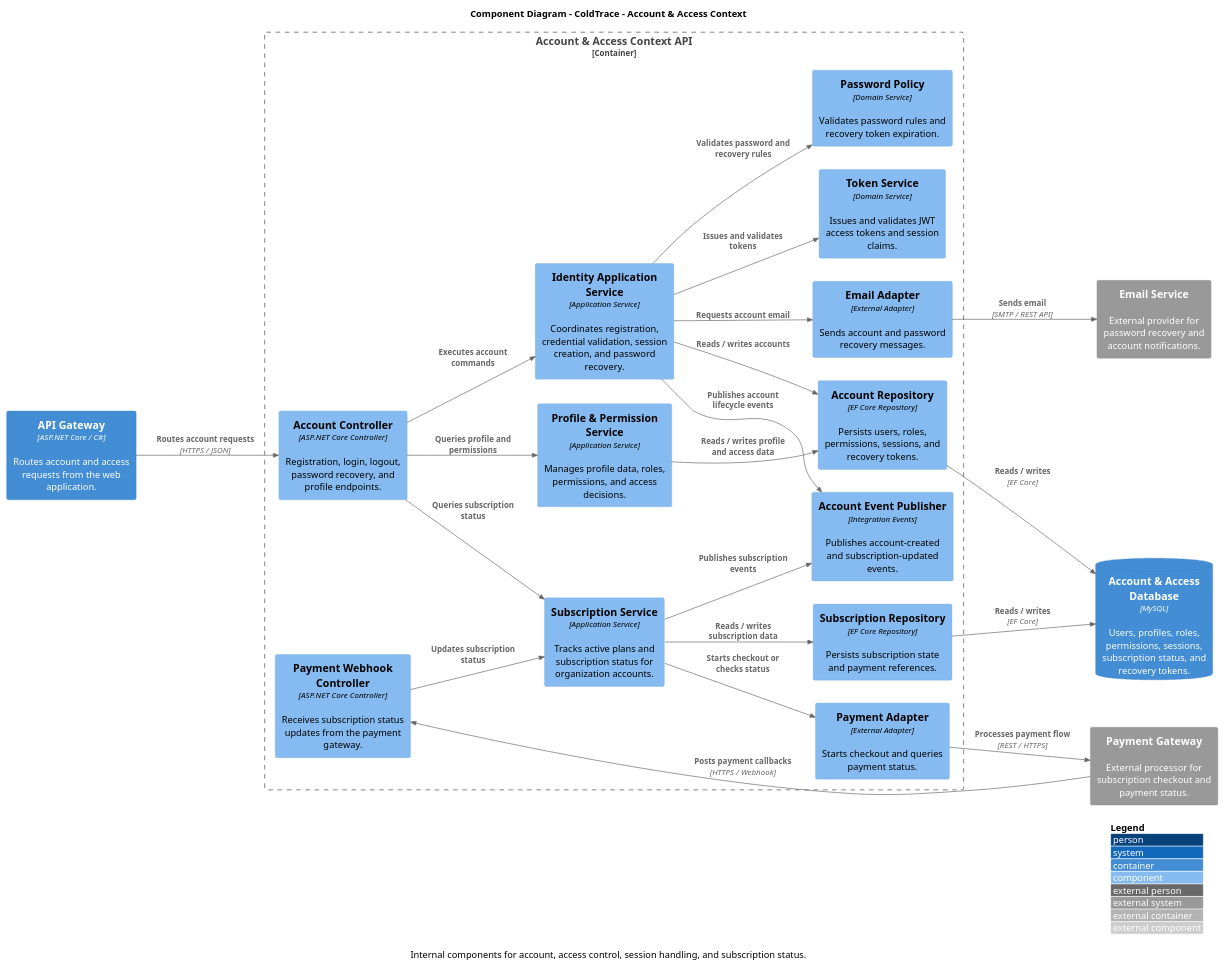
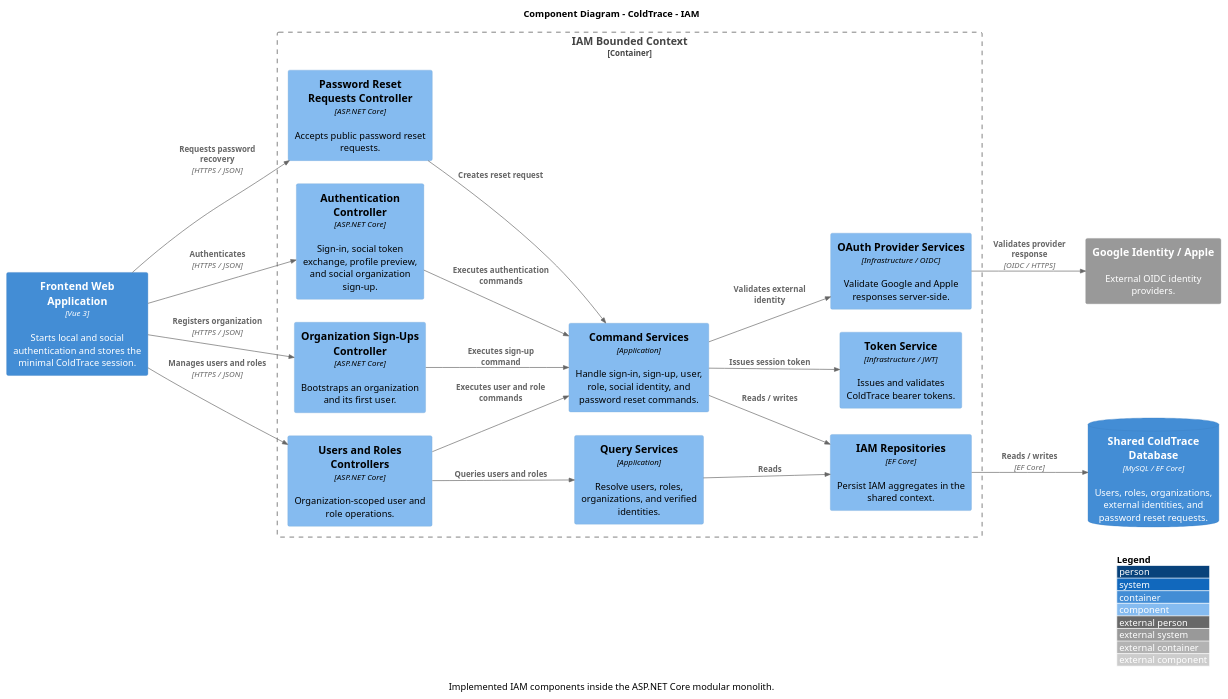
The diagram in report/assets/chapter-04/diagramcomponents/component-account-access.puml (AplicacionesWeb-Grupo-2/informe-del-proyecto), drawn with PlantUML before and after one commit. The commit also changed 10 other files, not shown here.

Commit message:
docs(TS42): align final requirements and diagrams

```diff
--- a/report/assets/chapter-04/diagramcomponents/component-account-access.puml
+++ b/report/assets/chapter-04/diagramcomponents/component-account-access.puml
@@ -1,59 +1,43 @@
 @startuml
 !include https://raw.githubusercontent.com/plantuml-stdlib/C4-PlantUML/master/C4_Component.puml
 
-title Component Diagram - ColdTrace - Account & Access Context
-caption Internal components for account, access control, session handling, and subscription status.
+title Component Diagram - ColdTrace - IAM
+caption Implemented IAM components inside the ASP.NET Core modular monolith.
 
 LAYOUT_WITH_LEGEND()
 LAYOUT_LEFT_RIGHT()
 
-Container(api_gateway, "API Gateway", "ASP.NET Core / C#", "Routes account and access requests from the web application.")
-System_Ext(email, "Email Service", "External provider for password recovery and account notifications.")
-System_Ext(payments, "Payment Gateway", "External processor for subscription checkout and payment status.")
+Container(webapp, "Frontend Web Application", "Vue 3", "Starts local and social authentication and stores the minimal ColdTrace session.")
+System_Ext(identity, "Google Identity / Apple", "External OIDC identity providers.")
+ContainerDb(database, "Shared ColdTrace Database", "MySQL / EF Core", "Users, roles, organizations, external identities, and password reset requests.")
 
-Container_Boundary(account, "Account & Access Context API") {
-    Component(account_controller, "Account Controller", "ASP.NET Core Controller", "Registration, login, logout, password recovery, and profile endpoints.")
-    Component(payment_webhook_controller, "Payment Webhook Controller", "ASP.NET Core Controller", "Receives subscription status updates from the payment gateway.")
+Container_Boundary(iam, "IAM Bounded Context") {
+    Component(auth_controller, "Authentication Controller", "ASP.NET Core", "Sign-in, social token exchange, profile preview, and social organization sign-up.")
+    Component(signup_controller, "Organization Sign-Ups Controller", "ASP.NET Core", "Bootstraps an organization and its first user.")
+    Component(users_controller, "Users and Roles Controllers", "ASP.NET Core", "Organization-scoped user and role operations.")
+    Component(password_controller, "Password Reset Requests Controller", "ASP.NET Core", "Accepts public password reset requests.")
 
-    Component(identity_service, "Identity Application Service", "Application Service", "Coordinates registration, credential validation, session creation, and password recovery.")
-    Component(profile_service, "Profile & Permission Service", "Application Service", "Manages profile data, roles, permissions, and access decisions.")
-    Component(subscription_service, "Subscription Service", "Application Service", "Tracks active plans and subscription status for organization accounts.")
-
-    Component(token_service, "Token Service", "Domain Service", "Issues and validates JWT access tokens and session claims.")
-    Component(password_policy, "Password Policy", "Domain Service", "Validates password rules and recovery token expiration.")
-
-    Component(account_repo, "Account Repository", "EF Core Repository", "Persists users, roles, permissions, sessions, and recovery tokens.")
-    Component(subscription_repo, "Subscription Repository", "EF Core Repository", "Persists subscription state and payment references.")
-
-    Component(email_adapter, "Email Adapter", "External Adapter", "Sends account and password recovery messages.")
-    Component(payment_adapter, "Payment Adapter", "External Adapter", "Starts checkout and queries payment status.")
-    Component(account_events, "Account Event Publisher", "Integration Events", "Publishes account-created and subscription-updated events.")
+    Component(command_services, "Command Services", "Application", "Handle sign-in, sign-up, user, role, social identity, and password reset commands.")
+    Component(query_services, "Query Services", "Application", "Resolve users, roles, organizations, and verified identities.")
+    Component(token_service, "Token Service", "Infrastructure / JWT", "Issues and validates ColdTrace bearer tokens.")
+    Component(oauth_services, "OAuth Provider Services", "Infrastructure / OIDC", "Validate Google and Apple responses server-side.")
+    Component(repositories, "IAM Repositories", "EF Core", "Persist IAM aggregates in the shared context.")
 }
 
-ContainerDb(account_db, "Account & Access Database", "MySQL", "Users, profiles, roles, permissions, sessions, subscription status, and recovery tokens.")
-
-Rel(api_gateway, account_controller, "Routes account requests", "HTTPS / JSON")
-Rel(payments, payment_webhook_controller, "Posts payment callbacks", "HTTPS / Webhook")
-
-Rel(account_controller, identity_service, "Executes account commands")
-Rel(account_controller, profile_service, "Queries profile and permissions")
-Rel(account_controller, subscription_service, "Queries subscription status")
-Rel(payment_webhook_controller, subscription_service, "Updates subscription status")
-
-Rel(identity_service, token_service, "Issues and validates tokens")
-Rel(identity_service, password_policy, "Validates password and recovery rules")
-Rel(identity_service, account_repo, "Reads / writes accounts")
-Rel(profile_service, account_repo, "Reads / writes profile and access data")
-Rel(subscription_service, subscription_repo, "Reads / writes subscription data")
-
-Rel(identity_service, email_adapter, "Requests account email")
-Rel(subscription_service, payment_adapter, "Starts checkout or checks status")
-Rel(identity_service, account_events, "Publishes account lifecycle events")
-Rel(subscription_service, account_events, "Publishes subscription events")
-
-Rel(account_repo, account_db, "Reads / writes", "EF Core")
-Rel(subscription_repo, account_db, "Reads / writes", "EF Core")
-Rel(email_adapter, email, "Sends email", "SMTP / REST API")
-Rel(payment_adapter, payments, "Processes payment flow", "REST / HTTPS")
+Rel(webapp, auth_controller, "Authenticates", "HTTPS / JSON")
+Rel(webapp, signup_controller, "Registers organization", "HTTPS / JSON")
+Rel(webapp, users_controller, "Manages users and roles", "HTTPS / JSON")
+Rel(webapp, password_controller, "Requests password recovery", "HTTPS / JSON")
+Rel(auth_controller, command_services, "Executes authentication commands")
+Rel(signup_controller, command_services, "Executes sign-up command")
+Rel(users_controller, command_services, "Executes user and role commands")
+Rel(users_controller, query_services, "Queries users and roles")
+Rel(password_controller, command_services, "Creates reset request")
+Rel(command_services, token_service, "Issues session token")
+Rel(command_services, oauth_services, "Validates external identity")
+Rel(oauth_services, identity, "Validates provider response", "OIDC / HTTPS")
+Rel(command_services, repositories, "Reads / writes")
+Rel(query_services, repositories, "Reads")
+Rel(repositories, database, "Reads / writes", "EF Core")
 
 @enduml
```
